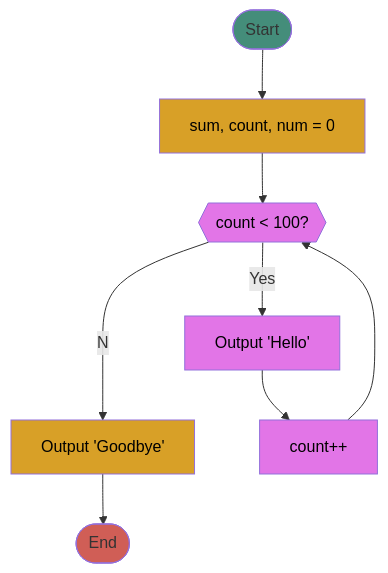
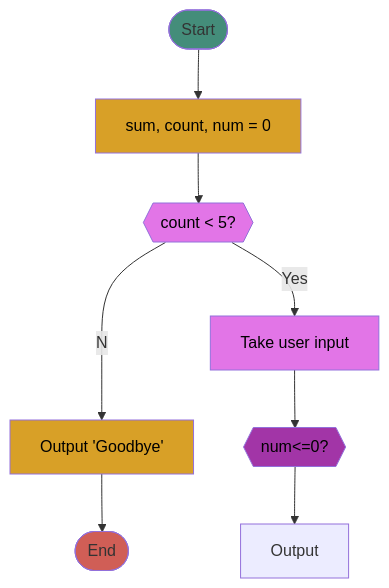
The second of 2 diagrams in CSE 2010-12(83648)/Week 4/2022-09-14 Loops.md (HokoraYinphineMPP/obsidian-git-sync), drawn with Mermaid before and after one commit.

Commit message:
vault backup: 2022-09-14 18:05:23

````diff
--- a/CSE 2010-12(83648)/Week 4/2022-09-14 Loops.md
+++ b/CSE 2010-12(83648)/Week 4/2022-09-14 Loops.md
@@ -97,14 +97,16 @@
 ```mermaid
 graph TD;
     A([Start]):::Green-->B;
     B[sum, count, num = 0]:::Yellow-->C;
-    C{{count < 100?}}:::Purple--No-->D;
+    C{{count < 5?}}:::Purple--No-->D;
     C--Yes-->E;
-    E[Output 'Hello']:::Purple-->F;
-    F[count++]:::Purple-->C
+    E[Take user input]:::Purple-->F;
+    F{{num<=0?}}:::DarkPurple-->G;
+    G[Output]
 	D[Output 'Goodbye']:::Yellow-->H([End]):::Red;
 	classDef Red fill:#d05e56;
 	classDef Yellow fill:#d8a027, color:#000;
 	classDef Green fill:#448d7a;
 	classDef Purple fill:#e275e7, color:#000;
+	classDef DarkPurple fill:#a235a7, color:#000;
 ```
````
